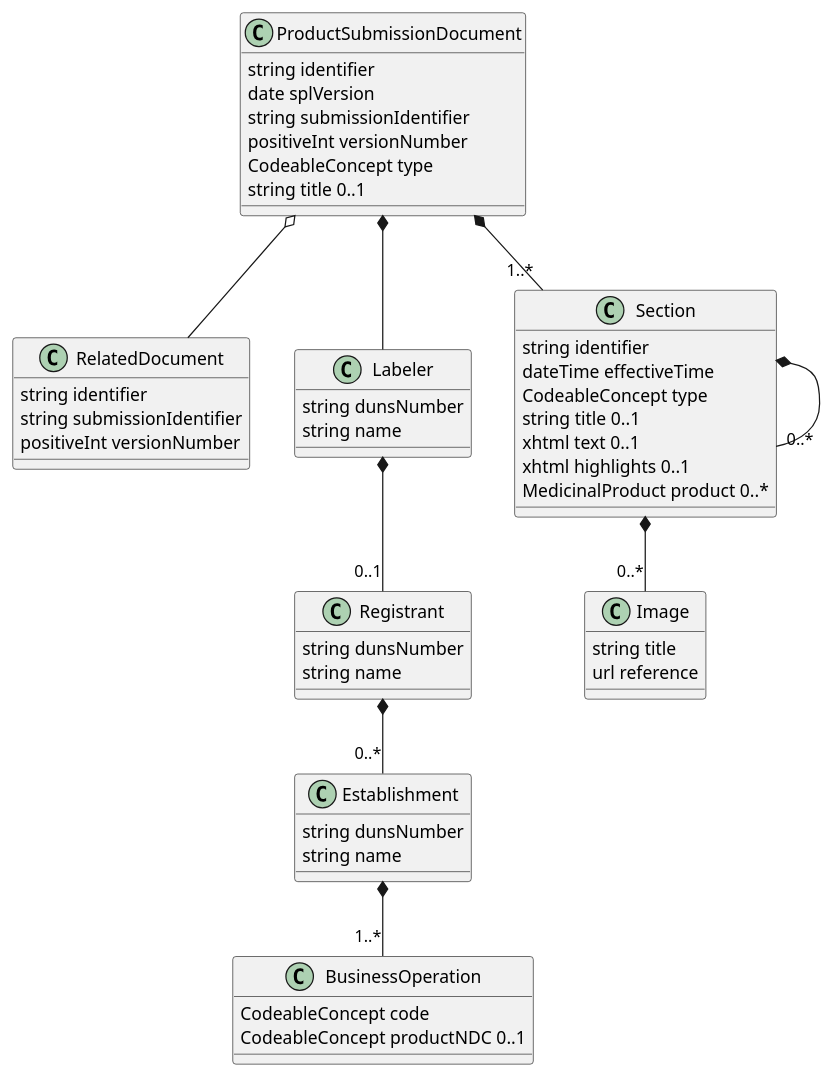
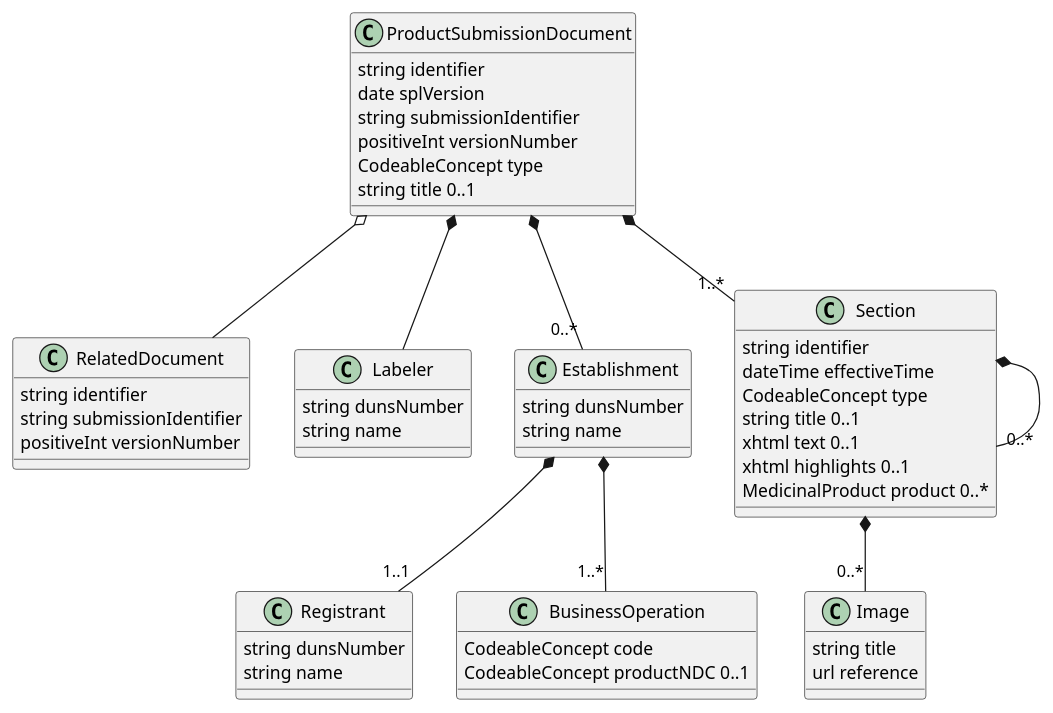
Before and after one commit to HL7/fhir-spl: the diagram in input/images-source/ProductSubmissionDocumentLogicalModel.plantuml, drawn with PlantUML. The commit also changed 18 other files, not shown here.

```diff
--- a/input/images-source/ProductSubmissionDocumentLogicalModel.plantuml
+++ b/input/images-source/ProductSubmissionDocumentLogicalModel.plantuml
@@ -1,52 +1,52 @@
 @startuml
 class ProductSubmissionDocument {
 	string identifier
 	date splVersion
 	string submissionIdentifier
 	positiveInt versionNumber
 	CodeableConcept type
 	string title 0..1
 }
 ProductSubmissionDocument o-- RelatedDocument
 class RelatedDocument {
 	string identifier
 	string submissionIdentifier
 	positiveInt versionNumber
 }
 ProductSubmissionDocument *-- Labeler
 class Labeler {
 	string dunsNumber
 	string name
 }
-Labeler *-- "0..1" Registrant
+Establishment *-- "1..1" Registrant
 class Registrant {
 	string dunsNumber
 	string name
 }
-Registrant *-- "0..*" Establishment
+ProductSubmissionDocument *-- "0..*" Establishment
 class Establishment {
 	string dunsNumber
 	string name
 }
 Establishment *-- "1..*" BusinessOperation
 class BusinessOperation {
 	CodeableConcept code
 	CodeableConcept productNDC 0..1
 }
 ProductSubmissionDocument *-- "1..*" Section
 class Section {
 	string identifier
 	dateTime effectiveTime
 	CodeableConcept type
 	string title 0..1
 	xhtml text 0..1
 	xhtml highlights 0..1
 	MedicinalProduct product 0..*
 }
 Section *-- "0..*" Image
 class Image {
   string title
   url reference
 }
 Section *-- "0..*" Section
 @enduml
```
